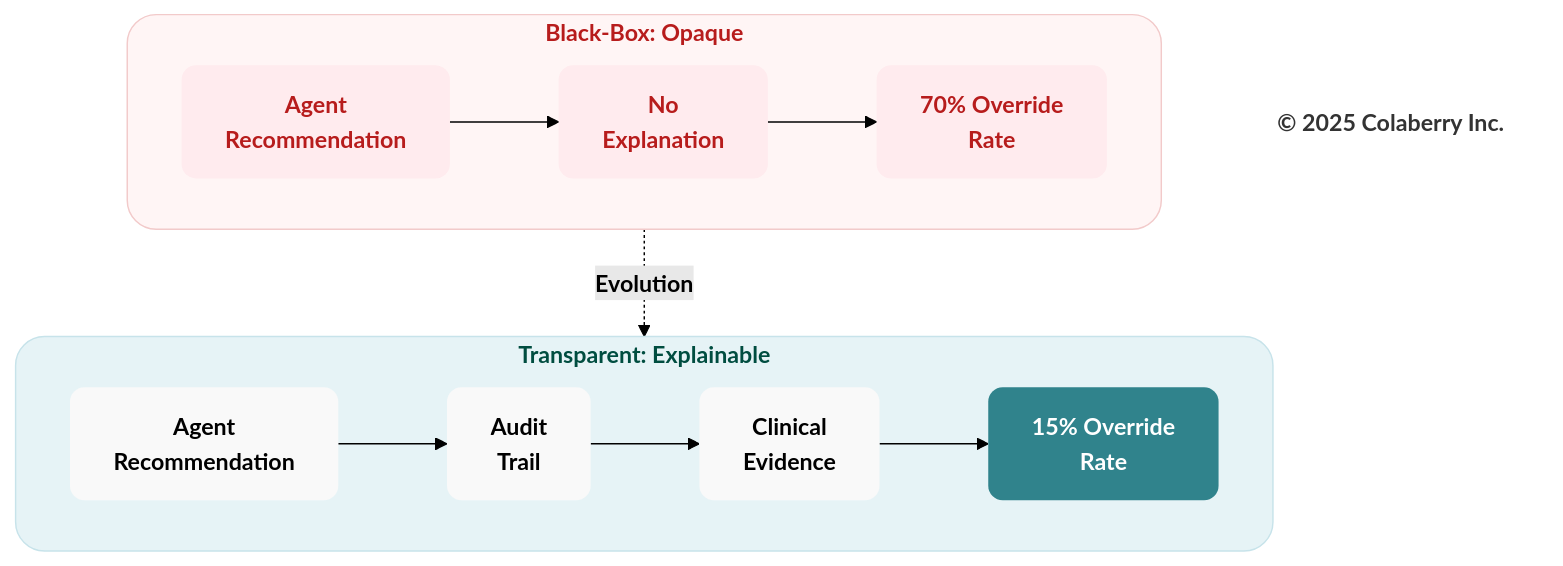
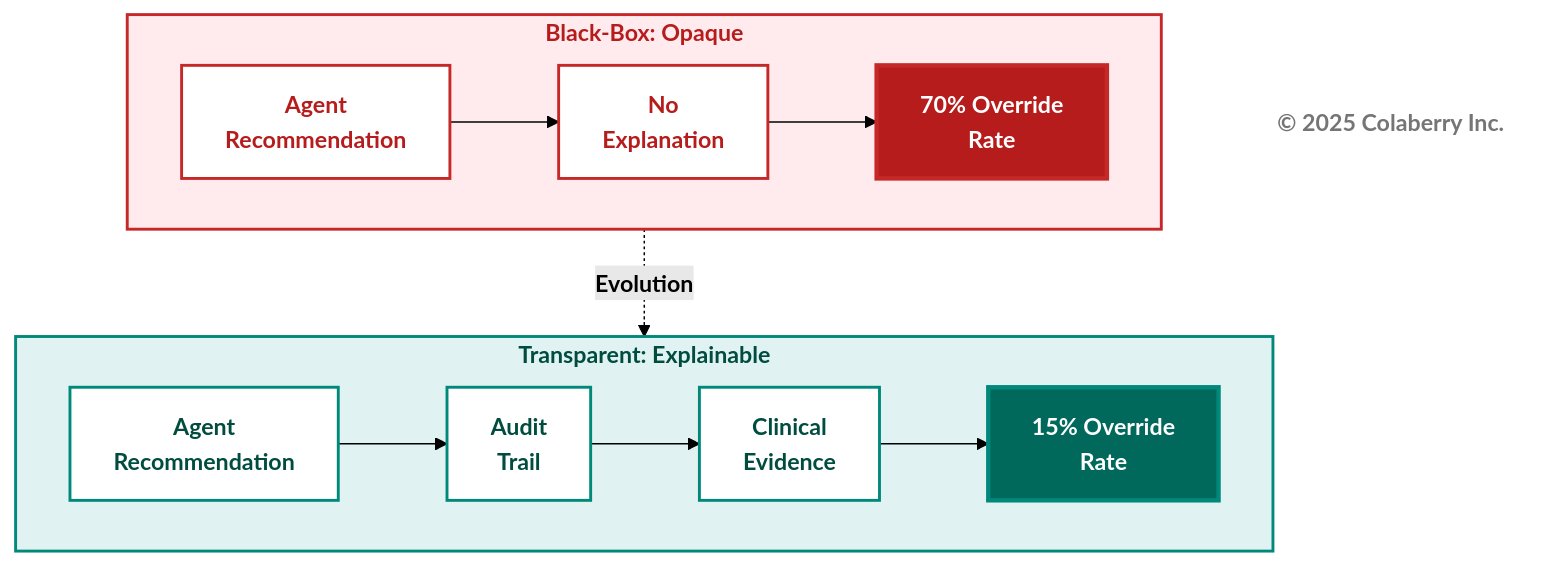
Diagram 12 of 12 in manuscript/03_chapter_2_inpact_framework.md (saitejesh-cyber/trust-before-intelligence-book), drawn with Mermaid (forest theme) before and after one commit. The commit also changed other lines of this file and 12 other files, not shown here.

Commit message:
Restore legacy Mermaid styles for Option 1

````diff
--- a/manuscript/03_chapter_2_inpact_framework.md
+++ b/manuscript/03_chapter_2_inpact_framework.md
@@ -923,38 +875,33 @@
 ```mermaid
 graph TB
     subgraph ERA1["<b>Black-Box: Opaque</b>"]
         direction LR
         A1["<b>Agent<br/>Recommendation</b>"] --> B1["<b>No<br/>Explanation</b>"]
         B1 --> D1["<b>70% Override<br/>Rate</b>"]
         
-        %% 🔴 CRITICAL TRUST FAILURE
-        style D1 fill:#ffebee,stroke:none,color:#b71c1c,rx:10,ry:10
+        style D1 fill:#b71c1c,color:#ffffff,stroke:#c62828,stroke-width:3px
     end
     
-    %% 🔵 TRANSITION — ADD TRANSPARENCY
     ERA1 -.->|<b>Evolution</b>| ERA2
     
     subgraph ERA2["<b>Transparent: Explainable</b>"]
         direction LR
         A2["<b>Agent<br/>Recommendation</b>"] --> B2["<b>Audit<br/>Trail</b>"]
         B2 --> C2["<b>Clinical<br/>Evidence</b>"]
         C2 --> D2["<b>15% Override<br/>Rate</b>"]
+        
+        style D2 fill:#00695c,color:#ffffff,stroke:#00897b,stroke-width:3px
     end
-
-    %% 🔴 FAILURE / TRUST BREAKDOWN
-    style ERA1 fill:#fff5f5,stroke:#f2caca,stroke-width:1px,color:#b71c1c,rx:20,ry:20
-    style A1 fill:#ffebee,stroke:none,color:#b71c1c,rx:10,ry:10
-    style B1 fill:#ffebee,stroke:none,color:#b71c1c,rx:10,ry:10
-    style D1 fill:#ffebee,stroke:none,color:#b71c1c,rx:10,ry:10
-
-    %% 🟢 TRUSTED / TRANSPARENT OUTCOME
-    style ERA2 fill:#e6f3f6,stroke:#c7e3ea,stroke-width:1px,color:#004d40,rx:20,ry:20
-    style A2 fill:#f9f9f9,stroke:none,color:#000000,rx:10,ry:10
-    style B2 fill:#f9f9f9,stroke:none,color:#000000,rx:10,ry:10
-    style C2 fill:#f9f9f9,stroke:none,color:#000000,rx:10,ry:10
-    style D2 fill:#30838C,stroke:none,color:#ffffff,rx:10,ry:10
-
-    %% FOOTER
+    
+    style ERA1 fill:#ffebee,stroke:#c62828,stroke-width:2px,color:#b71c1c
+    style A1 fill:#ffffff,stroke:#c62828,stroke-width:2px,color:#b71c1c
+    style B1 fill:#ffffff,stroke:#c62828,stroke-width:2px,color:#b71c1c
+    
+    style ERA2 fill:#e0f2f1,stroke:#00897b,stroke-width:2px,color:#004d40
+    style A2 fill:#ffffff,stroke:#00897b,stroke-width:2px,color:#004d40
+    style B2 fill:#ffffff,stroke:#00897b,stroke-width:2px,color:#004d40
+    style C2 fill:#ffffff,stroke:#00897b,stroke-width:2px,color:#004d40
+    
     Copyright["<b>© 2025 Colaberry Inc.</b>"]
-    style Copyright fill:none,stroke:none,color:#333333
+    style Copyright fill:#ffffff,stroke:none,color:#757575
 ```
````
